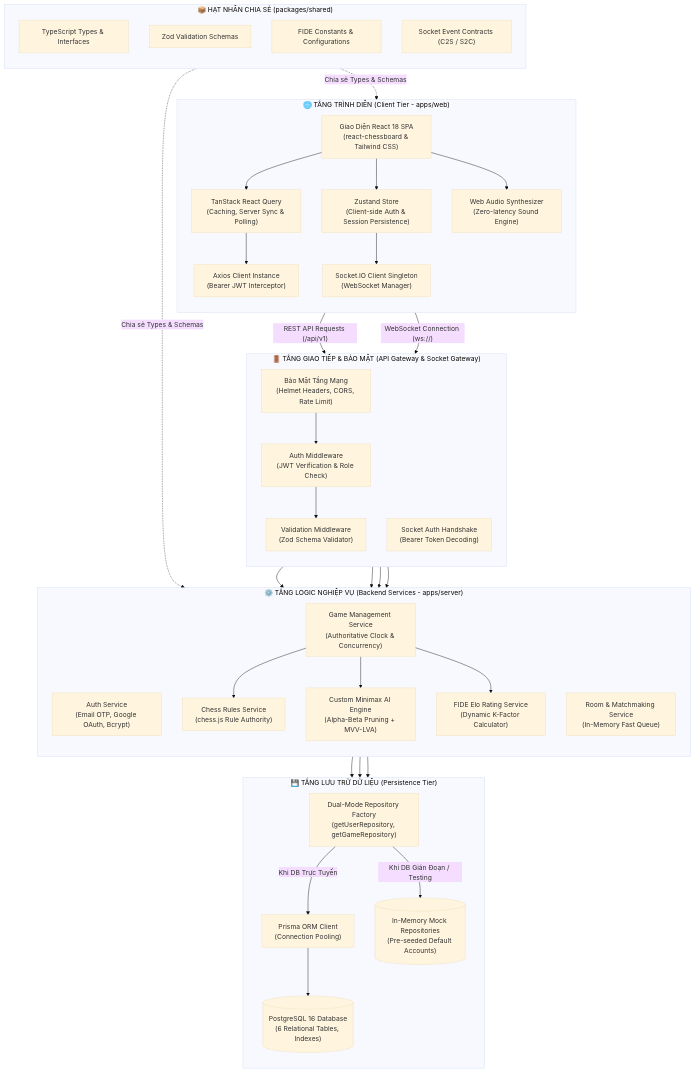
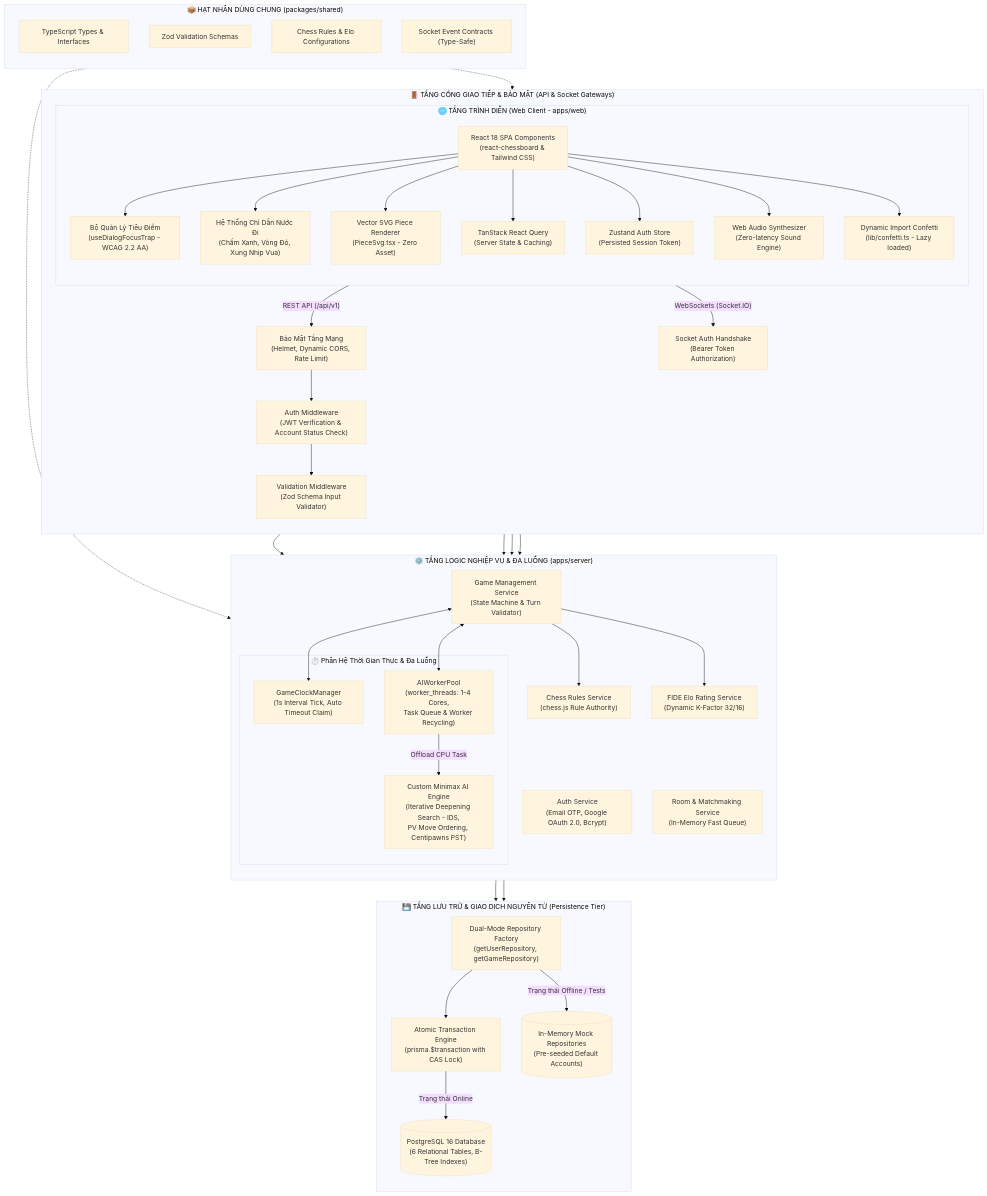
One commit to myne4713-debug/ChessProject changed the first of 6 diagrams in BAO_CAO_VA_PHAN_TICH_DU_AN.md. Above: the diagram before and after it, drawn with Mermaid (base theme). The commit also changed other lines of this file, not shown here.

Commit message:
up to date báo cáo va phân tích

````diff
--- a/BAO_CAO_VA_PHAN_TICH_DU_AN.md
+++ b/BAO_CAO_VA_PHAN_TICH_DU_AN.md
@@ -148,73 +181,83 @@
 ```mermaid
 flowchart TB
-    subgraph ClientTier["🌐 TẦNG TRÌNH DIỄN (Client Tier - apps/web)"]
+    subgraph ClientTier["🌐 TẦNG TRÌNH DIỄN (Web Client - apps/web)"]
         direction TB
-        UI["Giao Diện React 18 SPA\n(react-chessboard & Tailwind CSS)"]
-        RQ["TanStack React Query\n(Caching, Server Sync & Polling)"]
-        ZS["Zustand Store\n(Client-side Auth & Session Persistence)"]
-        WS_C["Socket.IO Client Singleton\n(WebSocket Manager)"]
-        AX["Axios Client Instance\n(Bearer JWT Interceptor)"]
+        UI["React 18 SPA Components\n(react-chessboard & Tailwind CSS)"]
+        A11Y["Bộ Quản Lý Tiêu Điểm\n(useDialogFocusTrap - WCAG 2.2 AA)"]
+        HINTS["Hệ Thống Chỉ Dẫn Nước Đi\n(Chấm Xanh, Vòng Đỏ, Xung Nhịp Vua)"]
+        SVG_PIECE["Vector SVG Piece Renderer\n(PieceSvg.tsx - Zero Asset)"]
+        RQ["TanStack React Query\n(Server State & Caching)"]
+        ZS["Zustand Auth Store\n(Persisted Session Token)"]
         AUDIO["Web Audio Synthesizer\n(Zero-latency Sound Engine)"]
+        CONFETTI["Dynamic Import Confetti\n(lib/confetti.ts - Lazy loaded)"]
         
+        UI --> A11Y
+        UI --> HINTS
+        UI --> SVG_PIECE
         UI --> RQ
         UI --> ZS
         UI --> AUDIO
-        RQ --> AX
-        ZS --> WS_C
+        UI --> CONFETTI
     end
 
-    subgraph GatewayTier["🚪 TẦNG GIAO TIẾP & BẢO MẬT (API Gateway & Socket Gateway)"]
+    subgraph GatewayTier["🚪 TẦNG CỔNG GIAO TIẾP & BẢO MẬT (API & Socket Gateways)"]
         direction TB
-        SEC["Bảo Mật Tầng Mạng\n(Helmet Headers, CORS, Rate Limit)"]
-        JWT_MW["Auth Middleware\n(JWT Verification & Role Check)"]
-        ZOD_MW["Validation Middleware\n(Zod Schema Validator)"]
-        WS_AUTH["Socket Auth Handshake\n(Bearer Token Decoding)"]
+        SEC["Bảo Mật Tầng Mạng\n(Helmet, Dynamic CORS, Rate Limit)"]
+        JWT_MW["Auth Middleware\n(JWT Verification & Account Status Check)"]
+        ZOD_MW["Validation Middleware\n(Zod Schema Input Validator)"]
+        WS_AUTH["Socket Auth Handshake\n(Bearer Token Authorization)"]
         
-        AX -->|"REST API Requests (/api/v1)"| SEC --> JWT_MW --> ZOD_MW
-        WS_C -->|"WebSocket Connection (ws://)"| WS_AUTH
+        ClientTier -->|"REST API (/api/v1)"| SEC --> JWT_MW --> ZOD_MW
+        ClientTier -->|"WebSockets (Socket.IO)"| WS_AUTH
     end
 
-    subgraph ServiceTier["⚙️ TẦNG LOGIC NGHIỆP VỤ (Backend Services - apps/server)"]
+    subgraph ServiceTier["⚙️ TẦNG LOGIC NGHIỆP VỤ & ĐA LUỒNG (apps/server)"]
         direction TB
-        AUTH_SVC["Auth Service\n(Email OTP, Google OAuth, Bcrypt)"]
+        AUTH_SVC["Auth Service\n(Email OTP, Google OAuth 2.0, Bcrypt)"]
         ROOM_SVC["Room & Matchmaking Service\n(In-Memory Fast Queue)"]
-        GAME_SVC["Game Management Service\n(Authoritative Clock & Concurrency)"]
+        GAME_SVC["Game Management Service\n(State Machine & Turn Validator)"]
         CHESS_RULES["Chess Rules Service\n(chess.js Rule Authority)"]
-        AI_ENGINE["Custom Minimax AI Engine\n(Alpha-Beta Pruning + MVV-LVA)"]
-        ELO_SVC["FIDE Elo Rating Service\n(Dynamic K-Factor Calculator)"]
+        ELO_SVC["FIDE Elo Rating Service\n(Dynamic K-Factor 32/16)"]
+        
+        subgraph RealtimeSubsystem["⏱️ Phân Hệ Thời Gian Thực & Đa Luồng"]
+            CLOCK_MGR["GameClockManager\n(1s Interval Tick, Auto Timeout Claim)"]
+            AI_POOL["AIWorkerPool\n(worker_threads: 1-4 Cores,\nTask Queue & Worker Recycling)"]
+            AI_ENGINE["Custom Minimax AI Engine\n(Iterative Deepening Search - IDS,\nPV Move Ordering, Centipawns PST)"]
+            AI_POOL -->|"Offload CPU Task"| AI_ENGINE
+        end
         
         ZOD_MW --> AUTH_SVC
         ZOD_MW --> GAME_SVC
         WS_AUTH --> ROOM_SVC
         WS_AUTH --> GAME_SVC
         GAME_SVC --> CHESS_RULES
-        GAME_SVC --> AI_ENGINE
         GAME_SVC --> ELO_SVC
+        GAME_SVC <--> CLOCK_MGR
+        GAME_SVC <--> AI_POOL
     end
 
-    subgraph DataTier["💾 TẦNG LƯU TRỮ DỮ LIỆU (Persistence Tier)"]
+    subgraph DataTier["💾 TẦNG LƯU TRỮ & GIAO DỊCH NGUYÊN TỬ (Persistence Tier)"]
         direction TB
         FACTORY["Dual-Mode Repository Factory\n(getUserRepository, getGameRepository)"]
-        PRISMA["Prisma ORM Client\n(Connection Pooling)"]
-        PG[("PostgreSQL 16 Database\n(6 Relational Tables, Indexes)")]
+        TX_ENGINE["Atomic Transaction Engine\n(prisma.$transaction with CAS Lock)"]
+        PG[("PostgreSQL 16 Database\n(6 Relational Tables, B-Tree Indexes)")]
         MEM_FALLBACK[("In-Memory Mock Repositories\n(Pre-seeded Default Accounts)")]
         
         AUTH_SVC --> FACTORY
         GAME_SVC --> FACTORY
-        ELO_SVC --> FACTORY
-        
-        FACTORY -->|"Khi DB Trực Tuyến"| PRISMA --> PG
-        FACTORY -->|"Khi DB Gián Đoạn / Testing"| MEM_FALLBACK
+        FACTORY --> TX_ENGINE
+        TX_ENGINE -->|"Trạng thái Online"| PG
+        FACTORY -->|"Trạng thái Offline / Tests"| MEM_FALLBACK
     end
 
-    subgraph SharedPackage["📦 HẠT NHÂN CHIA SẺ (packages/shared)"]
+    subgraph SharedCore["📦 HẠT NHÂN DÙNG CHUNG (packages/shared)"]
         direction TB
         TYPES["TypeScript Types & Interfaces"]
         SCHEMAS["Zod Validation Schemas"]
-        CONSTS["FIDE Constants & Configurations"]
-        EVENTS["Socket Event Contracts (C2S / S2C)"]
+        CONSTS["Chess Rules & Elo Configurations"]
+        EVENTS["Socket Event Contracts (Type-Safe)"]
     end
 
-    SharedPackage -.->|"Chia sẻ Types & Schemas"| ClientTier
-    SharedPackage -.->|"Chia sẻ Types & Schemas"| ServiceTier
+    SharedCore -.-> ClientTier
+    SharedCore -.-> ServiceTier
 ```
````
